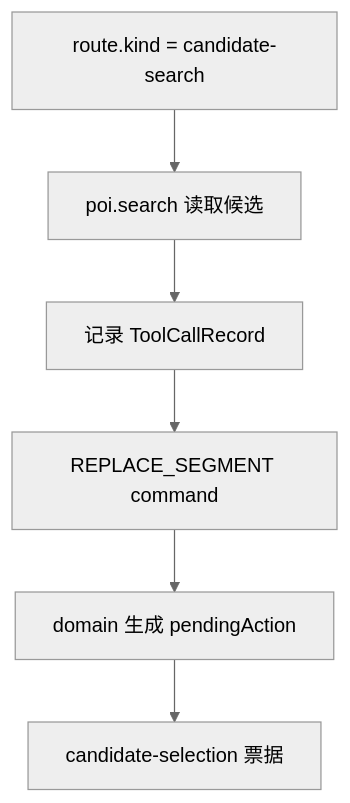
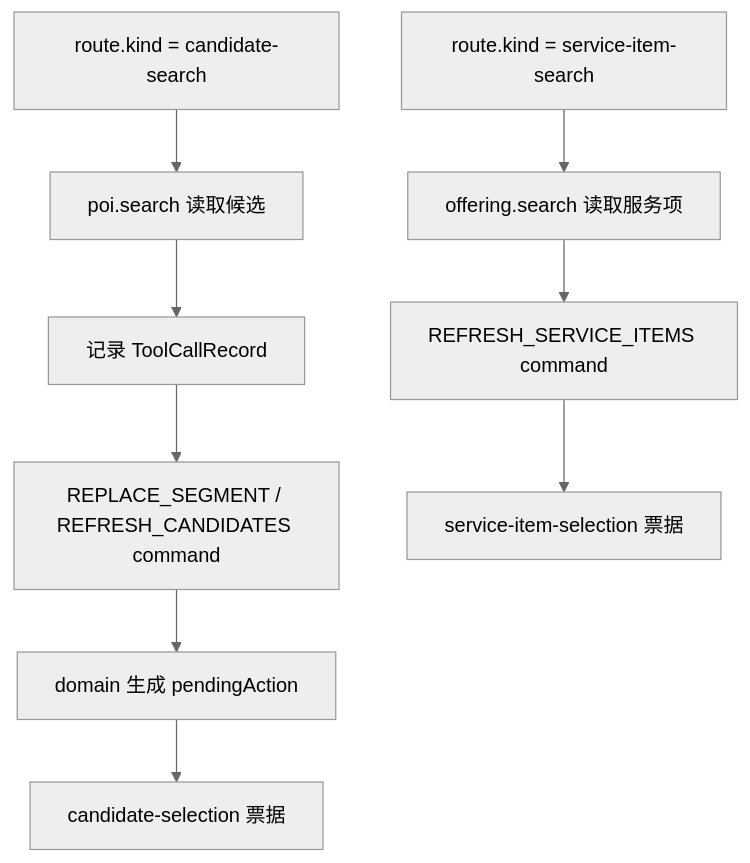
Before and after one commit to zenojor/plan-pal-agentic: the sixth of 7 diagrams in docs/agent-flow.md, drawn with Mermaid (neutral theme). The commit also changed other lines of this file and 40 other files, not shown here.

Commit message:
feat: 重写界面，新增POI商品，优化交互体验，扩展意图识别

````diff
--- a/docs/agent-flow.md
+++ b/docs/agent-flow.md
@@ -284,8 +317,11 @@
 ```mermaid
 flowchart TD
   Route["route.kind = candidate-search"] --> Tool["poi.search 读取候选"]
   Tool --> Record["记录 ToolCallRecord"]
-  Record --> Command["REPLACE_SEGMENT command"]
+  Record --> Command["REPLACE_SEGMENT / REFRESH_CANDIDATES command"]
   Command --> Domain["domain 生成 pendingAction"]
   Domain --> Ticket["candidate-selection 票据"]
+  ServiceRoute["route.kind = service-item-search"] --> Offering["offering.search 读取服务项"]
+  Offering --> ServiceCommand["REFRESH_SERVICE_ITEMS command"]
+  ServiceCommand --> ServiceTicket["service-item-selection 票据"]
 ```
````
